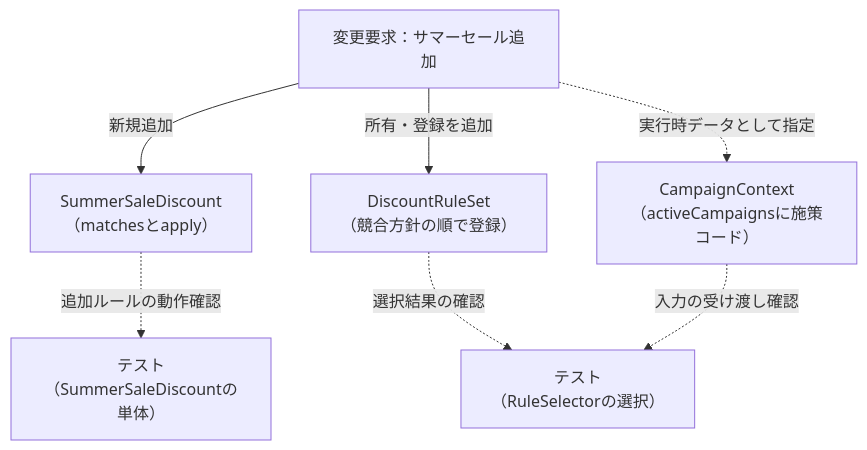
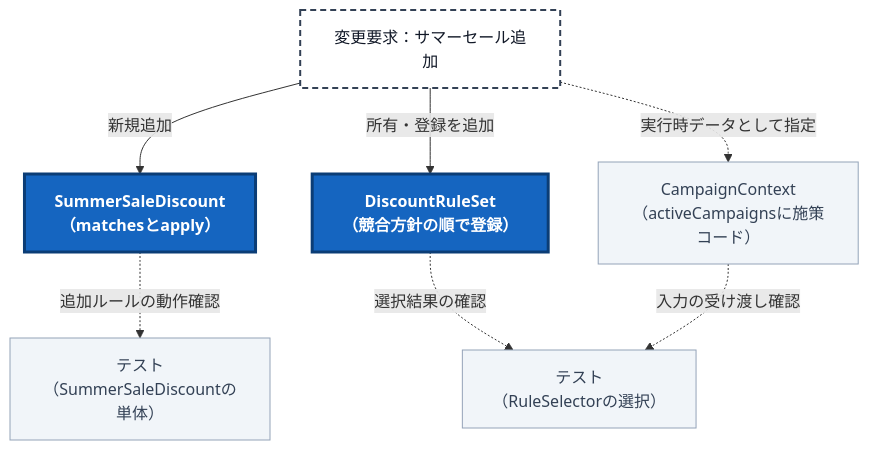
Diagram 12 of 14 in kindle/design-patterns/books/volume01-core-patterns/output/03-chapter01.md (kumachan1101-pixel/DesignPattern), drawn with Mermaid before and after one commit. The commit also changed other lines of this file and 19 other files, not shown here.

First line of the commit message:
図の変更箇所を色で示し、変更前後の対比の説明構造をそろえる

````diff
--- a/kindle/design-patterns/books/volume01-core-patterns/output/03-chapter01.md
+++ b/kindle/design-patterns/books/volume01-core-patterns/output/03-chapter01.md
@@ -2811,10 +2825,14 @@
 ```mermaid
 graph TD
-    T1["変更要求：サマーセール追加"]
-        -->|新規追加| N1["SummerSaleDiscount<br>（matchesとapply）"]
-    T1 -->|所有・登録を追加| N2["DiscountRuleSet<br>（競合方針の順で登録）"]
-    T1 -.->|実行時データとして指定| N3["CampaignContext<br>（activeCampaignsに施策コード）"]
-    N1 -.->|追加ルールの動作確認| T2["テスト<br>（SummerSaleDiscountの単体）"]
-    N2 -.->|選択結果の確認| T3["テスト<br>（RuleSelectorの選択）"]
+    T1["変更要求：サマーセール追加"]:::req
+        -->|新規追加| N1["SummerSaleDiscount<br>（matchesとapply）"]:::changed
+    T1 -->|所有・登録を追加| N2["DiscountRuleSet<br>（競合方針の順で登録）"]:::changed
+    T1 -.->|実行時データとして指定| N3["CampaignContext<br>（activeCampaignsに施策コード）"]:::keep
+    N1 -.->|追加ルールの動作確認| T2["テスト<br>（SummerSaleDiscountの単体）"]:::keep
+    N2 -.->|選択結果の確認| T3["テスト<br>（RuleSelectorの選択）"]:::keep
     N3 -.->|入力の受け渡し確認| T3
+
+    classDef req fill:#ffffff,stroke:#334155,stroke-width:2px,stroke-dasharray:6 4,color:#111827;
+    classDef keep fill:#f1f5f9,stroke:#94a3b8,color:#334155;
+    classDef changed fill:#1565c0,stroke:#0b3d76,stroke-width:3px,color:#ffffff,font-weight:bold;
 ```
````
